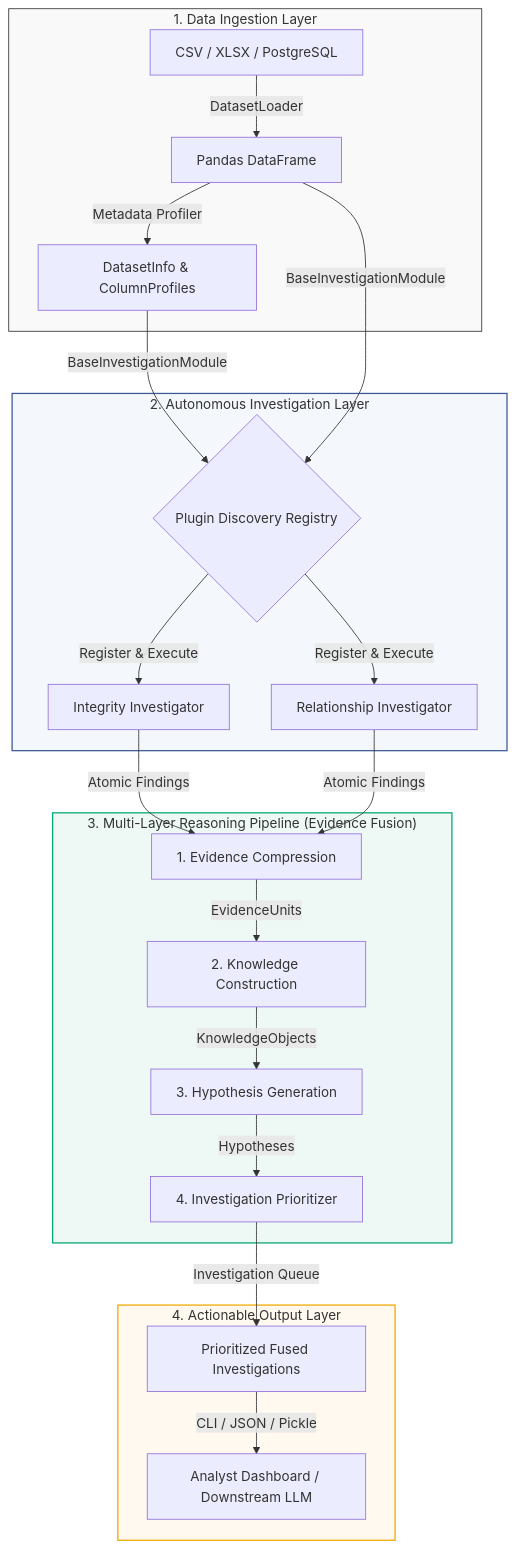
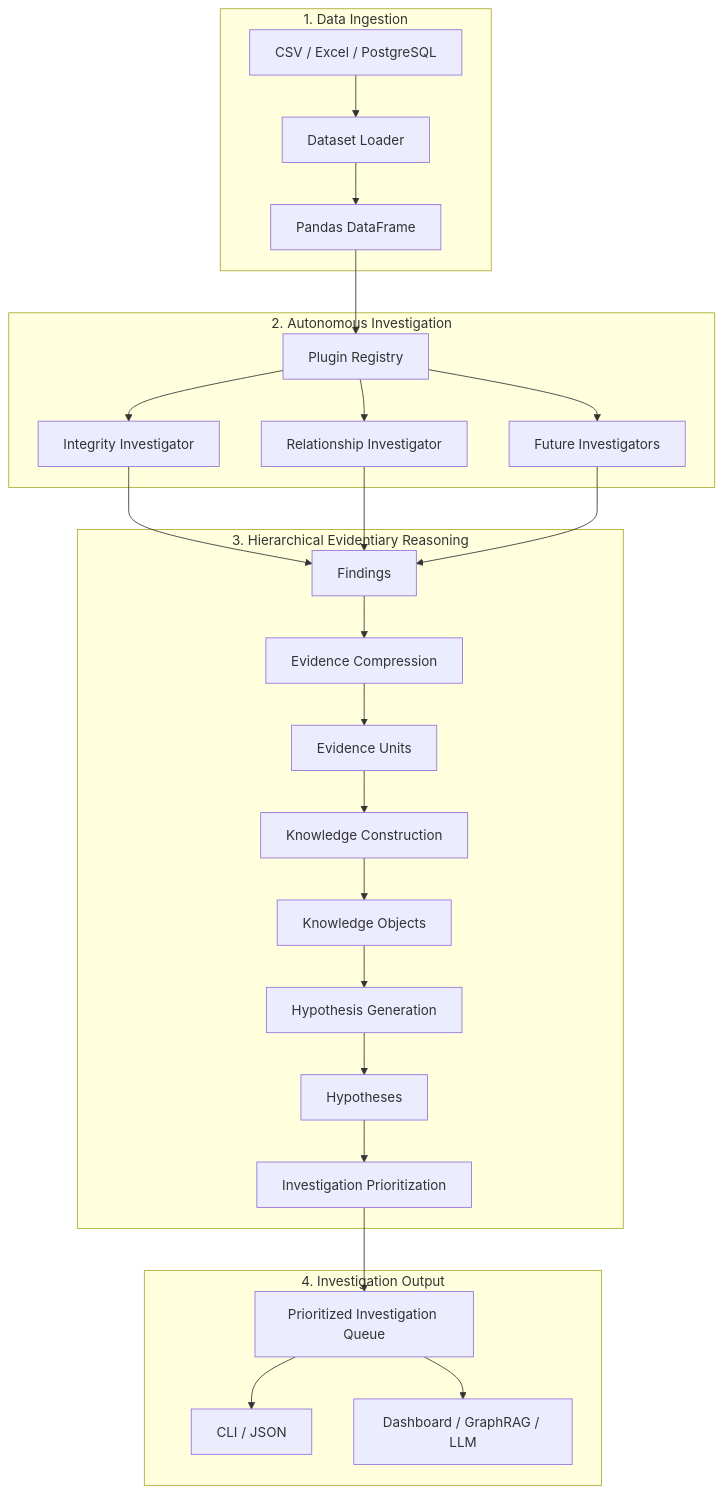
Before and after one commit to Ayushmanonlycode/INVESTIGATION: the first of 2 diagrams in README.md, drawn with Mermaid. The commit also changed other lines of this file, not shown here.

````diff
--- a/README.md
+++ b/README.md
@@ -19,34 +49,95 @@
 ```mermaid
 flowchart TD
-    %% Dataset Ingestion Layer
-    subgraph Ingestion ["1. Data Ingestion Layer"]
-        A[CSV / XLSX / PostgreSQL] -->|DatasetLoader| B[Pandas DataFrame]
-        B -->|Metadata Profiler| C[DatasetInfo & ColumnProfiles]
+
+    %% ---------------- DATA INGESTION ----------------
+
+    subgraph A["1. Data Ingestion"]
+        DS["CSV / Excel / PostgreSQL"]
+        DL["Dataset Loader"]
+        DF["Pandas DataFrame"]
+
+        DS --> DL --> DF
     end
 
-    %% Autonomous Investigation Layer
-    subgraph Analysis ["2. Autonomous Investigation Layer"]
-        C & B -->|BaseInvestigationModule| D{Plugin Discovery Registry}
-        D -->|Register & Execute| E[Integrity Investigator]
-        D -->|Register & Execute| F[Relationship Investigator]
+    %% ---------------- INVESTIGATION ----------------
+
+    subgraph B["2. Autonomous Investigation"]
+
+        REG["Plugin Registry"]
+
+        INT["Integrity Investigator"]
+
+        REL["Relationship Investigator"]
+
+        FUTURE["Future Investigators"]
+
+        DF --> REG
+
+        REG --> INT
+
+        REG --> REL
+
+        REG --> FUTURE
+
     end
 
-    %% Evidence Synthesis Layer
-    subgraph reasoning ["3. Multi-Layer Reasoning Pipeline (Evidence Fusion)"]
-        E & F -->|Atomic Findings| G[1. Evidence Compression]
-        G -->|EvidenceUnits| H[2. Knowledge Construction]
-        H -->|KnowledgeObjects| I[3. Hypothesis Generation]
-        I -->|Hypotheses| J[4. Investigation Prioritizer]
+    %% ---------------- REASONING ----------------
+
+    subgraph C["3. Hierarchical Evidentiary Reasoning"]
+
+        FIND["Findings"]
+
+        EV["Evidence Compression"]
+
+        EU["Evidence Units"]
+
+        KC["Knowledge Construction"]
+
+        KO["Knowledge Objects"]
+
+        HG["Hypothesis Generation"]
+
+        H["Hypotheses"]
+
+        IP["Investigation Prioritization"]
+
+        FIND --> EV
+
+        EV --> EU
+
+        EU --> KC
+
+        KC --> KO
+
+        KO --> HG
+
+        HG --> H
+
+        H --> IP
+
     end
 
-    %% Prioritized Output Queue
-    subgraph output ["4. Actionable Output Layer"]
-        J -->|Investigation Queue| K[Prioritized Fused Investigations]
-        K -->|CLI / JSON / Pickle| L[Analyst Dashboard / Downstream LLM]
+    %% ---------------- OUTPUT ----------------
+
+    subgraph D["4. Investigation Output"]
+
+        IQ["Prioritized Investigation Queue"]
+
+        CLI["CLI / JSON"]
+
+        DASH["Dashboard / GraphRAG / LLM"]
+
+        IP --> IQ
+
+        IQ --> CLI
+
+        IQ --> DASH
+
     end
 
-    style Ingestion fill:#f9f9f9,stroke:#333,stroke-width:1px
-    style Analysis fill:#f4f7fb,stroke:#3b5998,stroke-width:1.5px
-    style reasoning fill:#eef9f6,stroke:#00a86b,stroke-width:1.5px
-    style output fill:#fff9f0,stroke:#f0a800,stroke-width:1.5px
+    INT --> FIND
+
+    REL --> FIND
+
+    FUTURE --> FIND
 ```
````
